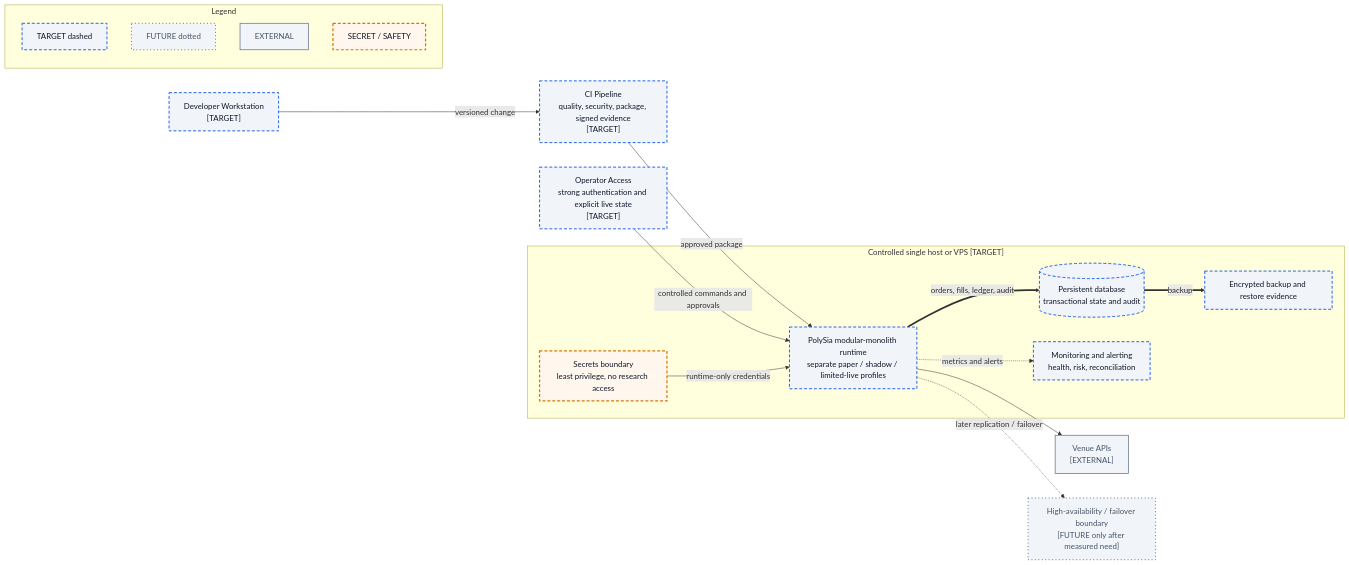
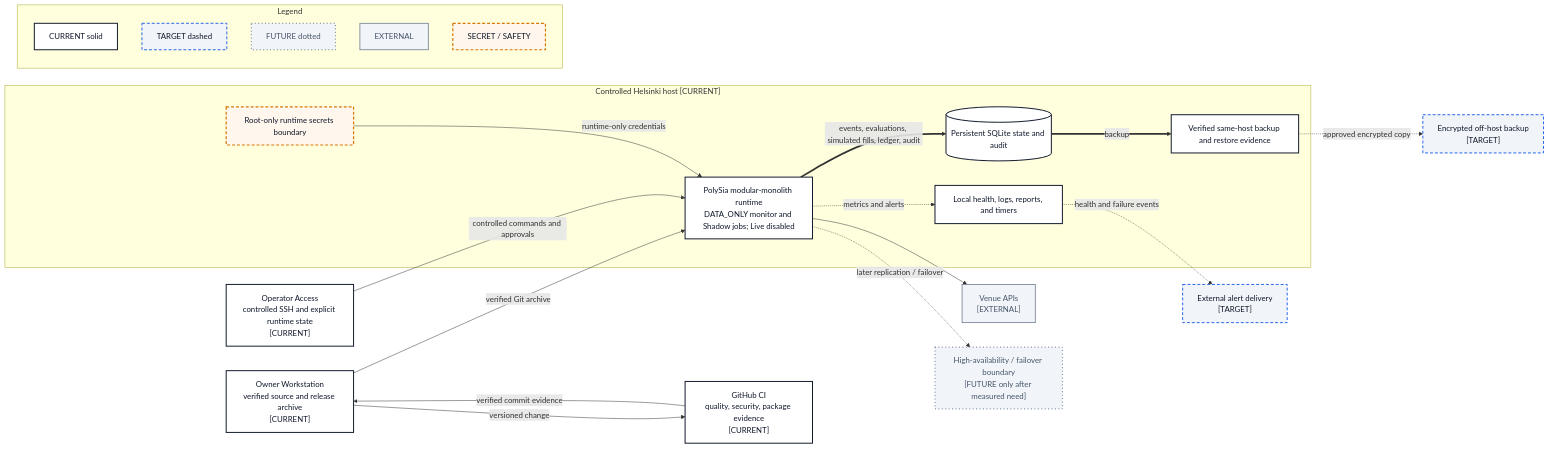
The diagram in docs/04-architecture/visual-system/sources/14-target-deployment-view.mmd (PolySia-Systems/Platform), drawn with Mermaid before and after one commit. The commit also changed 36 other files, not shown here.

Commit message:
docs(architecture): align current platform evidence

```diff
--- a/docs/04-architecture/visual-system/sources/14-target-deployment-view.mmd
+++ b/docs/04-architecture/visual-system/sources/14-target-deployment-view.mmd
@@ -1,37 +1,44 @@
 flowchart LR
-  Developer["Developer Workstation\n[TARGET]"]:::target
-  Operator["Operator Access\nstrong authentication and explicit live state\n[TARGET]"]:::target
-  CI["CI Pipeline\nquality, security, package, signed evidence\n[TARGET]"]:::target
+  Developer["Owner Workstation\nverified source and release archive\n[CURRENT]"]:::current
+  Operator["Operator Access\ncontrolled SSH and explicit runtime state\n[CURRENT]"]:::current
+  CI["GitHub CI\nquality, security, package evidence\n[CURRENT]"]:::current
 
-  subgraph HOST["Controlled single host or VPS [TARGET]"]
-    Runtime["PolySia modular-monolith runtime\nseparate paper / shadow / limited-live profiles"]:::target
-    SecretStore["Secrets boundary\nleast privilege, no research access"]:::risk
-    Database[("Persistent database\ntransactional state and audit")]:::target
-    Monitor["Monitoring and alerting\nhealth, risk, reconciliation"]:::target
-    Backup["Encrypted backup and restore evidence"]:::target
+  subgraph HOST["Controlled Helsinki host [CURRENT]"]
+    Runtime["PolySia modular-monolith runtime\nDATA_ONLY monitor and Shadow jobs; Live disabled"]:::current
+    SecretStore["Root-only runtime secrets boundary"]:::risk
+    Database[("Persistent SQLite state and audit")]:::current
+    Monitor["Local health, logs, reports, and timers"]:::current
+    Backup["Verified same-host backup and restore evidence"]:::current
   end
 
   Venue["Venue APIs\n[EXTERNAL]"]:::external
+  OffHost["Encrypted off-host backup\n[TARGET]"]:::target
+  Alerts["External alert delivery\n[TARGET]"]:::target
   HA["High-availability / failover boundary\n[FUTURE only after measured need]"]:::future
 
   Developer -->|versioned change| CI
-  CI -->|approved package| Runtime
+  CI -->|verified commit evidence| Developer
+  Developer -->|verified Git archive| Runtime
   Operator -->|controlled commands and approvals| Runtime
   SecretStore -->|runtime-only credentials| Runtime
-  Runtime ==>|orders, fills, ledger, audit| Database
+  Runtime ==>|events, evaluations, simulated fills, ledger, audit| Database
   Runtime -.->|metrics and alerts| Monitor
   Database ==>|backup| Backup
+  Backup -.->|approved encrypted copy| OffHost
+  Monitor -.->|health and failure events| Alerts
   Runtime --> Venue
   Runtime -.->|later replication / failover| HA
 
   subgraph LEGEND["Legend"]
-    L1["TARGET dashed"]:::target
-    L2["FUTURE dotted"]:::future
-    L3["EXTERNAL"]:::external
-    L4["SECRET / SAFETY"]:::risk
+    L1["CURRENT solid"]:::current
+    L2["TARGET dashed"]:::target
+    L3["FUTURE dotted"]:::future
+    L4["EXTERNAL"]:::external
+    L5["SECRET / SAFETY"]:::risk
   end
 
+  classDef current fill:#FFFFFF,stroke:#0F172A,stroke-width:2px,color:#0F172A;
   classDef target fill:#F1F5F9,stroke:#2563EB,stroke-width:2px,stroke-dasharray:6 4,color:#0F172A;
   classDef future fill:#F1F5F9,stroke:#64748B,stroke-width:2px,stroke-dasharray:2 5,color:#475569;
   classDef external fill:#F1F5F9,stroke:#64748B,stroke-width:1.5px,color:#475569;
   classDef risk fill:#FFF7ED,stroke:#D97706,stroke-width:2.5px,stroke-dasharray:6 4,color:#0F172A;
```
